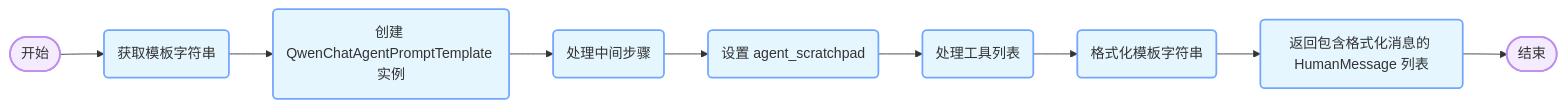
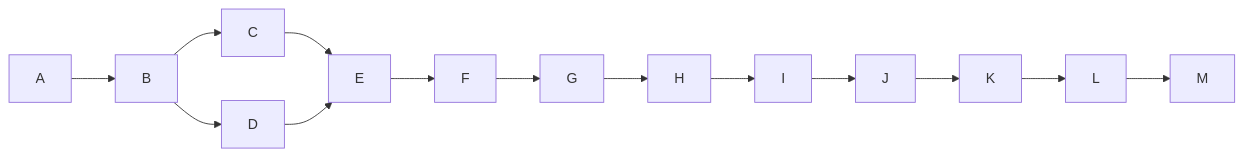
Before and after one commit to sdgixfg/iodraw-files: the diagram in all/未命名-2.md, drawn with Mermaid.

Commit message:
2025-05-24 14:53:26 update

````diff
--- a/all/未命名-2.md
+++ b/all/未命名-2.md
@@ -1,17 +1,22 @@
 ```mermaid
 graph LR
     classDef startend fill:#F5EBFF,stroke:#BE8FED,stroke-width:2px
     classDef process fill:#E5F6FF,stroke:#73A6FF,stroke-width:2px
     classDef decision fill:#FFF6CC,stroke:#FFBC52,stroke-width:2px
+
     
-    A([开始]):::startend --> E(获取模板字符串):::process
-    
-    E --> F(创建 QwenChatAgentPromptTemplate 实例):::process
-    F --> G(处理中间步骤):::process
-    G --> H(设置 agent_scratchpad):::process
-    H --> J(处理工具列表):::process
-    %% I --> J(创建工具名称列表):::process
-    J --> K(格式化模板字符串):::process
-    K --> L(返回包含格式化消息的 HumanMessage 列表):::process
-    L --> M([结束]):::startend
+    %% 连接节点
+    A --> B
+    B --> C
+    B --> D
+    C --> E
+    D --> E
+    E --> F
+    F --> G
+    G --> H
+    H --> I
+    I --> J
+    J --> K
+    K --> L
+    L --> M
 ```
````
